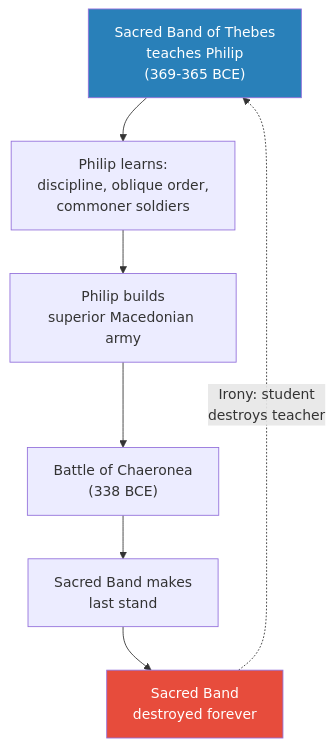
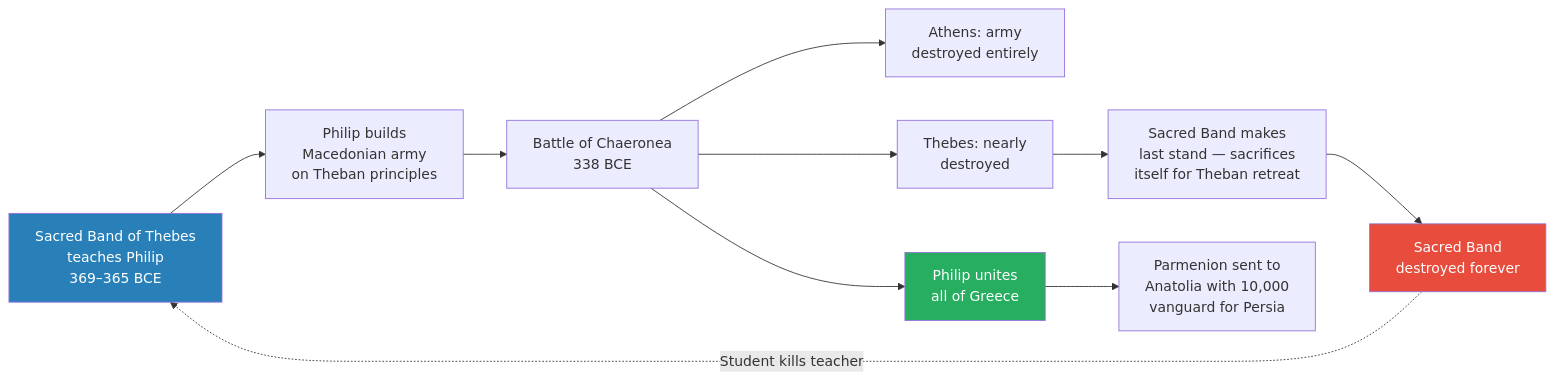
One commit to alius33/reader changed the seventh of 9 diagrams in summaries/Lectures/Civilization/11 - The Greatness of Philip II of Macedon.md. Above: the diagram before and after it, drawn with Mermaid. The commit also changed other lines of this file and 26 other files, not shown here.

````diff
--- a/summaries/Lectures/Civilization/11 - The Greatness of Philip II of Macedon.md
+++ b/summaries/Lectures/Civilization/11 - The Greatness of Philip II of Macedon.md
@@ -245,11 +354,15 @@
 ```mermaid
-flowchart TB
-    SB["Sacred Band of Thebes<br/>teaches Philip<br/>(369-365 BCE)"] --> PL["Philip learns:<br/>discipline, oblique order,<br/>commoner soldiers"]
-    PL --> PR["Philip builds<br/>superior Macedonian army"]
-    PR --> CH["Battle of Chaeronea<br/>(338 BCE)"]
-    CH --> DS["Sacred Band makes<br/>last stand"]
-    DS --> END["Sacred Band<br/>destroyed forever"]
-    END -.->|"Irony: student<br/>destroys teacher"| SB
+flowchart LR
+    SB["Sacred Band of Thebes<br/>teaches Philip<br/>369–365 BCE"] --> PL["Philip builds<br/>Macedonian army<br/>on Theban principles"]
+    PL --> CH["Battle of Chaeronea<br/>338 BCE"]
+    CH --> A["Athens: army<br/>destroyed entirely"]
+    CH --> T["Thebes: nearly<br/>destroyed"]
+    T --> LS["Sacred Band makes<br/>last stand — sacrifices<br/>itself for Theban retreat"]
+    LS --> END["Sacred Band<br/>destroyed forever"]
+    END -.->|"Student kills teacher"| SB
+    CH --> U["Philip unites<br/>all of Greece"]
+    U --> PP["Parmenion sent to<br/>Anatolia with 10,000<br/>vanguard for Persia"]
     style SB fill:#2980b9,color:#fff
     style END fill:#e74c3c,color:#fff
+    style U fill:#27ae60,color:#fff
 ```
````
